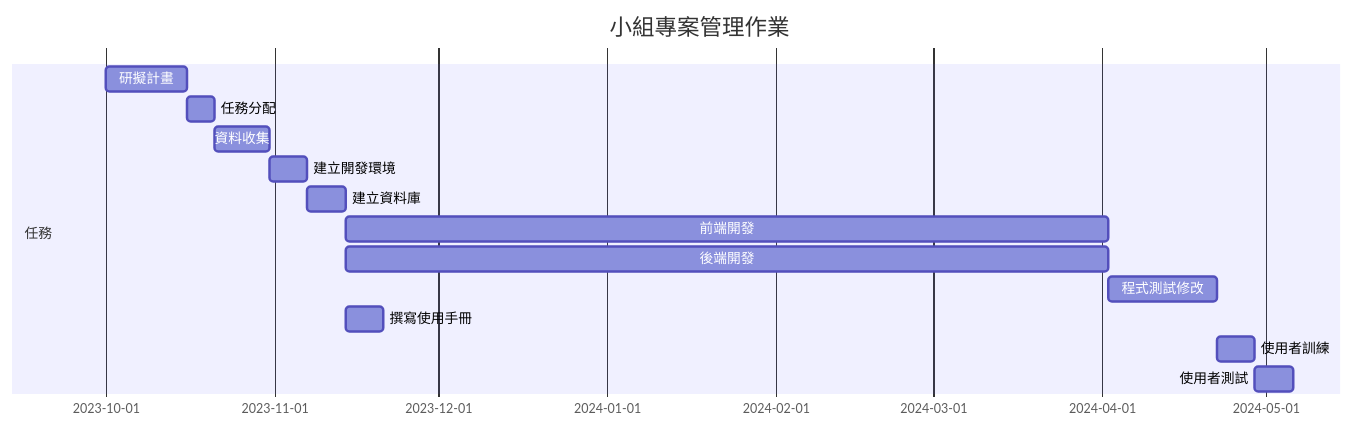
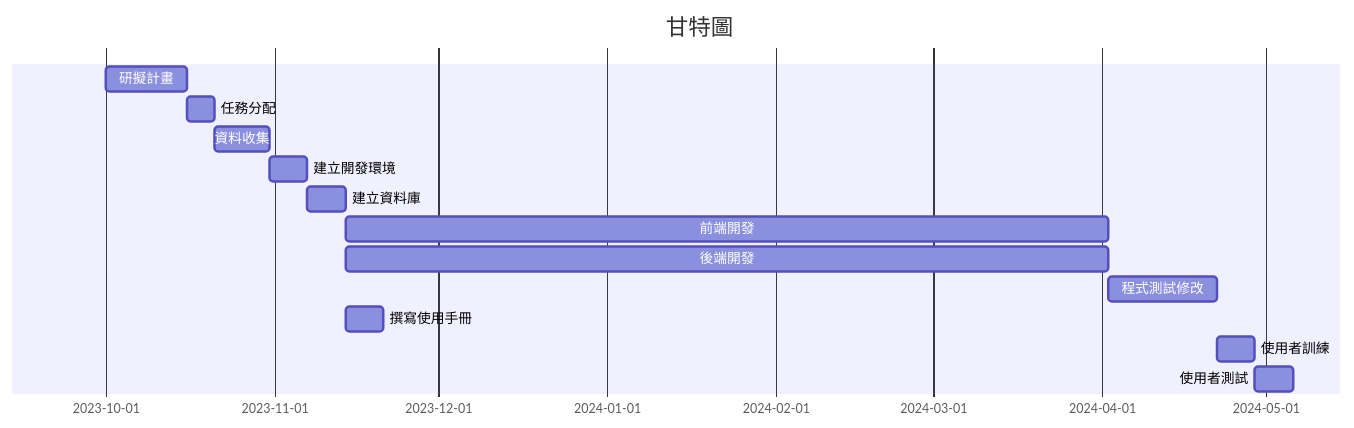
The diagram in group-hw2.md (Xuan730/T5), drawn with Mermaid before and after one commit.

````diff
--- a/group-hw2.md
+++ b/group-hw2.md
@@ -7,17 +7,16 @@
 ```mermaid
 gantt
-    title 小組專案管理作業
+    title 甘特圖
 
-    section 任務
     研擬計畫 :a1, 2023-10-01, 15d
     任務分配 :a2, after a1, 5d
     資料收集 :a3, after a2 , 10d
     建立開發環境 :a4, after a3, 7d
     建立資料庫 :a5, after a4, 7d
     前端開發:a6,after a5, 140d
     後端開發:a7, after a5, 140d
     程式測試修改 :a8, after a6、a7, 20d
     撰寫使用手冊 :a9, after a5, 7d
     使用者訓練 :a10, after a8, 7d
     使用者測試 : a11, after a10, 7d
 ```
````
